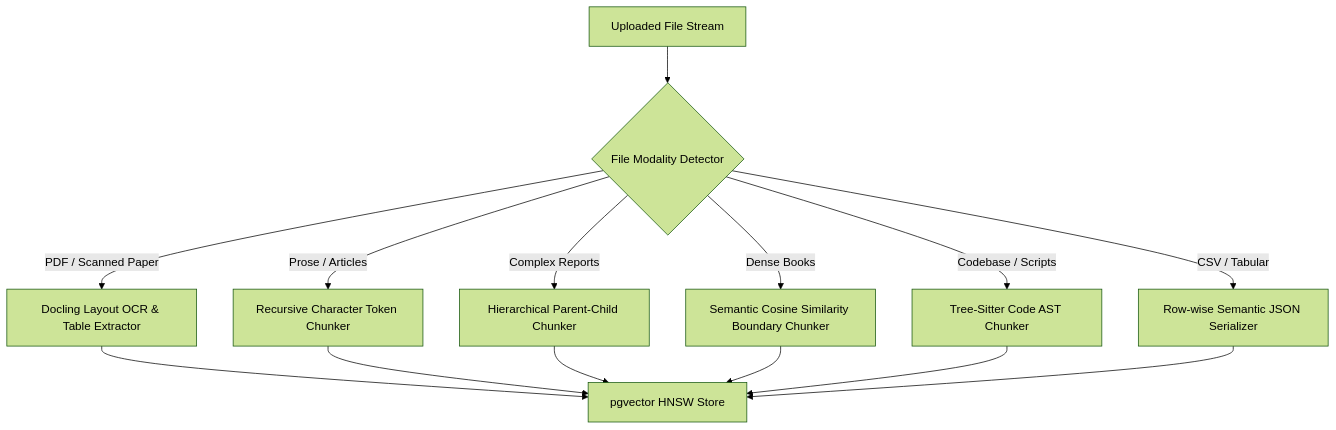
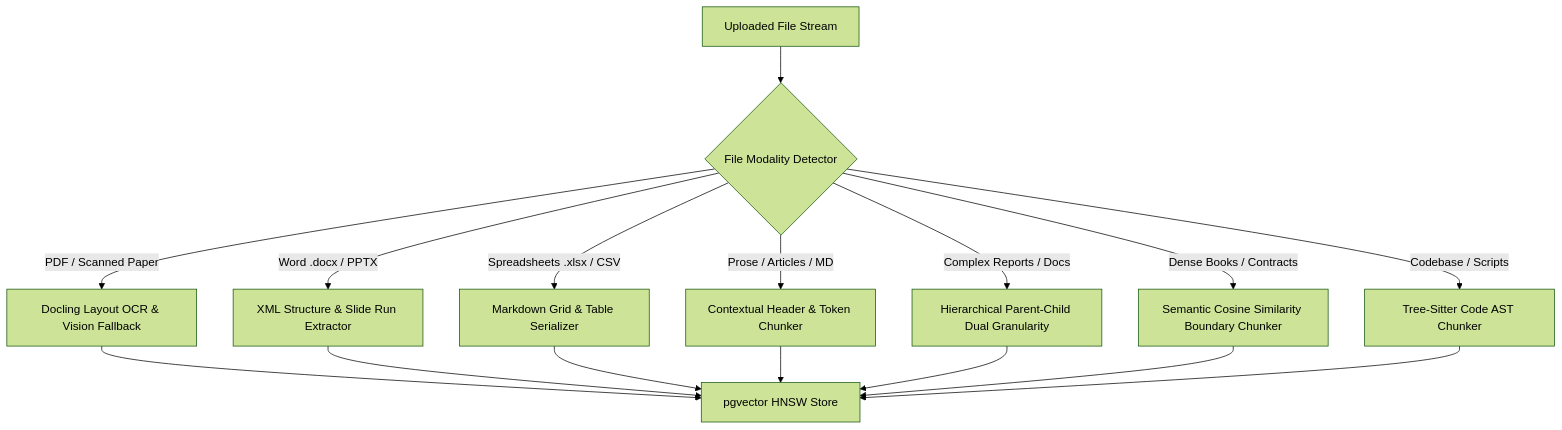
Before and after one commit to prat3010/retriever: the first of 2 diagrams in docs/cognitive/chunking_and_parsing.md, drawn with Mermaid (forest theme). The commit also changed other lines of this file and 40 other files, not shown here.

````diff
--- a/docs/cognitive/chunking_and_parsing.md
+++ b/docs/cognitive/chunking_and_parsing.md
@@ -30,13 +30,14 @@
 ```mermaid
 graph TD
     File[Uploaded File Stream] --> Detect{File Modality Detector}
     
-    Detect -->|PDF / Scanned Paper| Docling[Docling Layout OCR & Table Extractor]
-    Detect -->|Prose / Articles| Recursive[Recursive Character Token Chunker]
-    Detect -->|Complex Reports| ParentChild[Hierarchical Parent-Child Chunker]
-    Detect -->|Dense Books| Semantic[Semantic Cosine Similarity Boundary Chunker]
+    Detect -->|PDF / Scanned Paper| Docling[Docling Layout OCR & Vision Fallback]
+    Detect -->|Word .docx / PPTX| Office[XML Structure & Slide Run Extractor]
+    Detect -->|Spreadsheets .xlsx / CSV| Tabular[Markdown Grid & Table Serializer]
+    Detect -->|Prose / Articles / MD| Recursive[Contextual Header & Token Chunker]
+    Detect -->|Complex Reports / Docs| ParentChild[Hierarchical Parent-Child Dual Granularity]
+    Detect -->|Dense Books / Contracts| Semantic[Semantic Cosine Similarity Boundary Chunker]
     Detect -->|Codebase / Scripts| AST[Tree-Sitter Code AST Chunker]
-    Detect -->|CSV / Tabular| Tabular[Row-wise Semantic JSON Serializer]
     
-    Docling & Recursive & ParentChild & Semantic & AST & Tabular --> Embed[pgvector HNSW Store]
+    Docling & Office & Tabular & Recursive & ParentChild & Semantic & AST --> Embed[pgvector HNSW Store]
 ```
````
